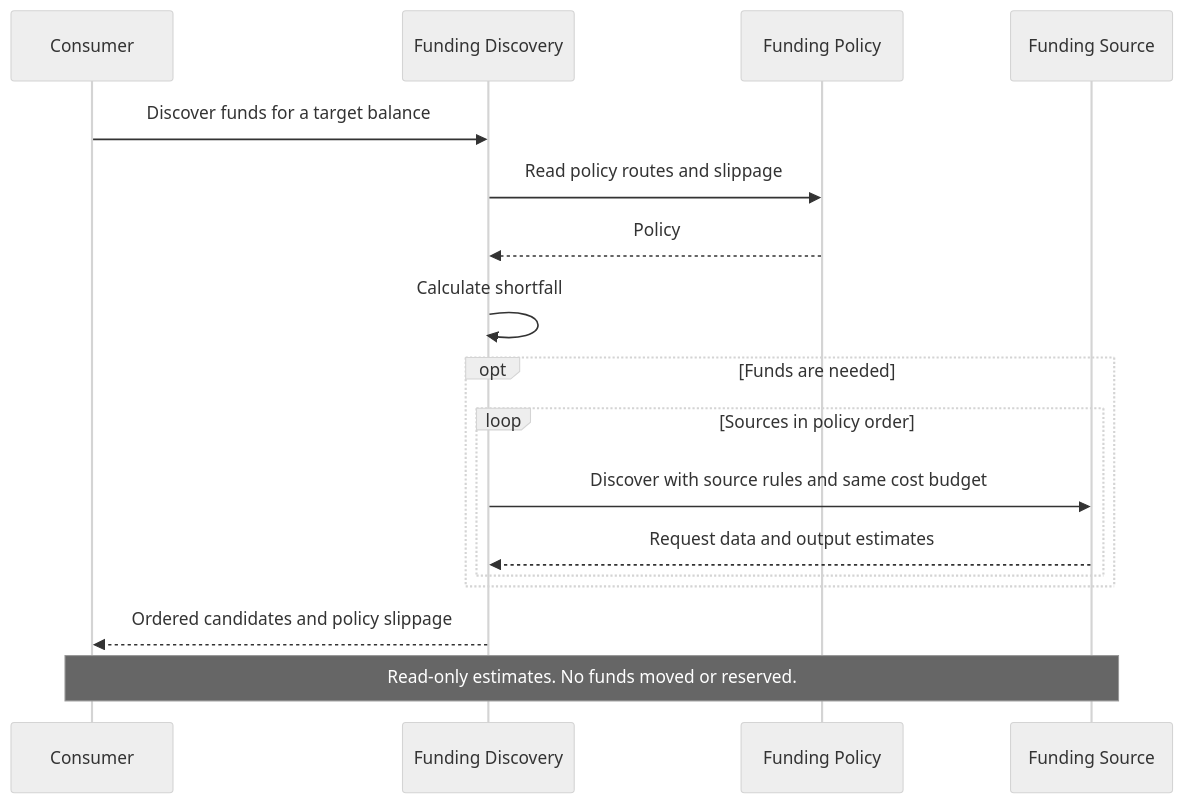
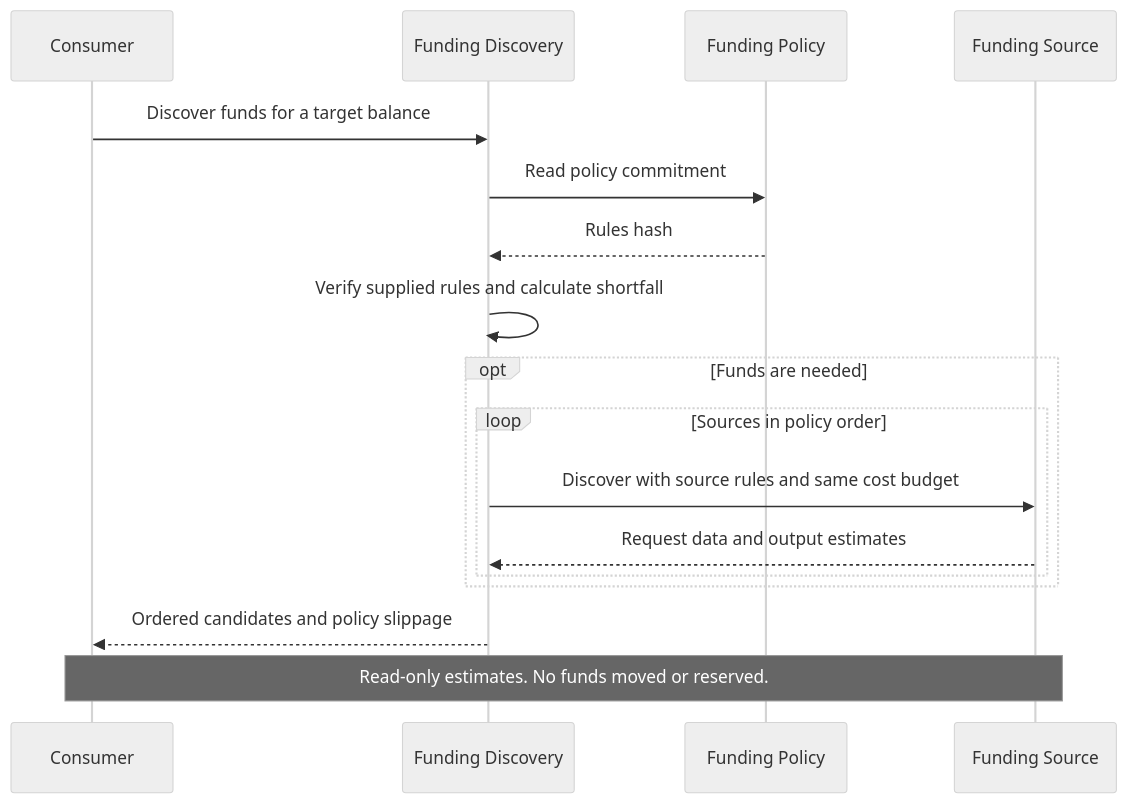
One commit to tempoxyz/tempo changed the third of 3 diagrams in tips/tip-1120.md. Above: the diagram before and after it, drawn with Mermaid (neutral theme). The commit also changed other lines of this file, not shown here.

Commit message:
docs: commit funding policy rules by hash

````diff
--- a/tips/tip-1120.md
+++ b/tips/tip-1120.md
@@ -781,20 +811,20 @@
 ```mermaid
 sequenceDiagram
     participant C as Consumer
     participant P as Funding Discovery
     participant R as Funding Policy
     participant F as Funding Source
 
     C->>P: Discover funds for a target balance
-    P->>R: Read policy routes and slippage
-    R-->>P: Policy
-    P->>P: Calculate shortfall
+    P->>R: Read policy commitment
+    R-->>P: Rules hash
+    P->>P: Verify supplied rules and calculate shortfall
     opt Funds are needed
         loop Sources in policy order
             P->>F: Discover with source rules and same cost budget
             F-->>P: Request data and output estimates
         end
     end
     P-->>C: Ordered candidates and policy slippage
     Note over C,F: Read-only estimates. No funds moved or reserved.
 ```
````
